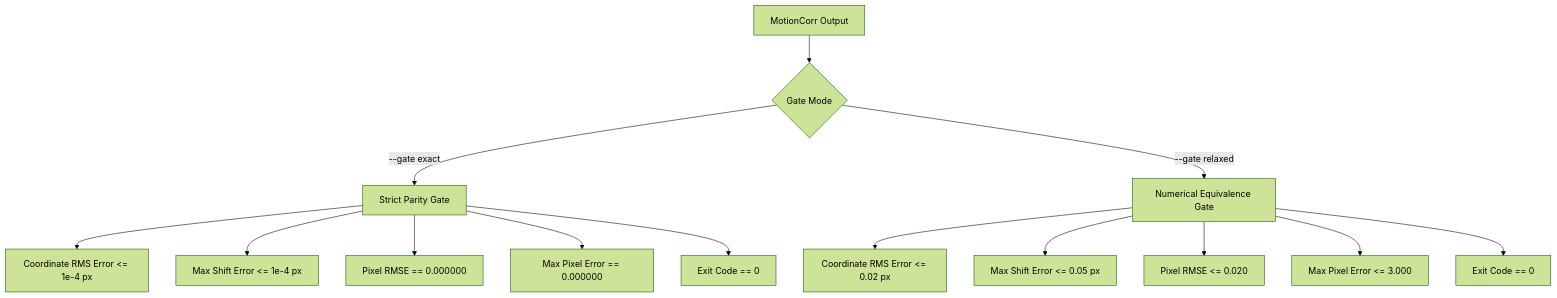
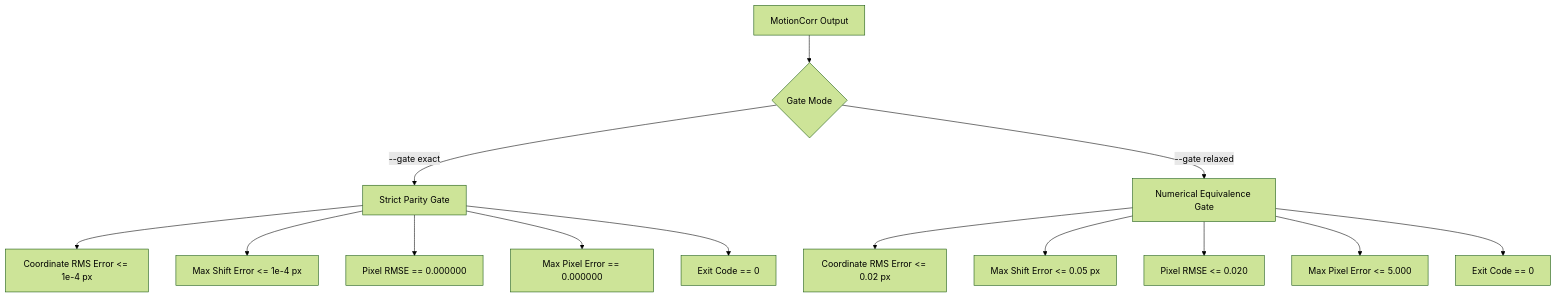
The diagram in docs/reference_gates.md (KingAlejandro/MotionCorr-standalone), drawn with Mermaid (forest theme) before and after one commit. The commit also changed other lines of this file and 1 other file, not shown here.

Commit message:
fix(gates): address PR review comments on comparison gates and validation
- Enforce input resolution and fail when no valid comparison pairs exist
- Require identical frame sets before comparing motion trajectories
- Gate overall status on STAR metadata discrepancies
- Enforce core MRC header parity and pixel identity in exact gate
- Fail gate when test process log reports non-zero exit status
- Align relaxed maximum pixel error tolerance to 5.0 across code and docs

````diff
--- a/docs/reference_gates.md
+++ b/docs/reference_gates.md
@@ -95,18 +95,18 @@
 ```mermaid
 graph TD
     A[MotionCorr Output] --> B{Gate Mode}
     B -->|--gate exact| C[Strict Parity Gate]
     B -->|--gate relaxed| D[Numerical Equivalence Gate]
     
     C --> C1[Coordinate RMS Error <= 1e-4 px]
     C --> C2[Max Shift Error <= 1e-4 px]
     C --> C3[Pixel RMSE == 0.000000]
     C --> C4[Max Pixel Error == 0.000000]
     C --> C5[Exit Code == 0]
     
     D --> D1[Coordinate RMS Error <= 0.02 px]
     D --> D2[Max Shift Error <= 0.05 px]
     D --> D3[Pixel RMSE <= 0.020]
-    D --> D4[Max Pixel Error <= 3.000]
+    D --> D4[Max Pixel Error <= 5.000]
     D --> D5[Exit Code == 0]
 ```
````
